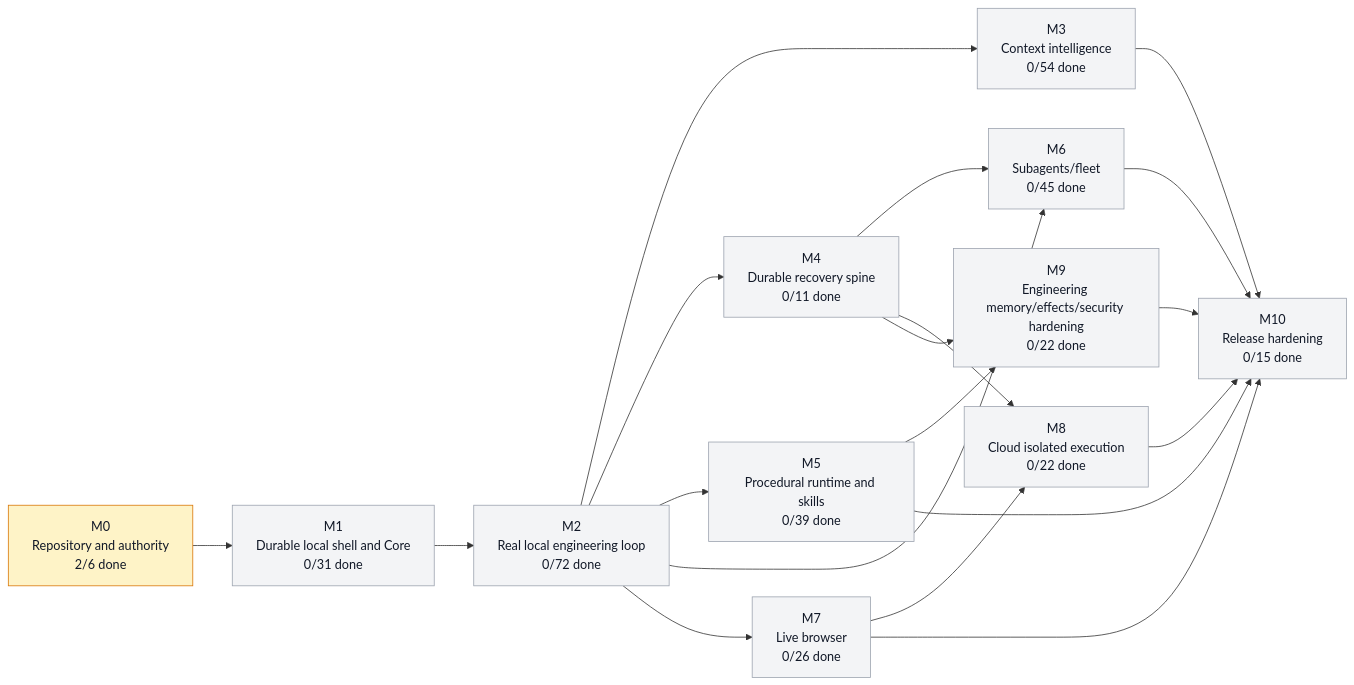
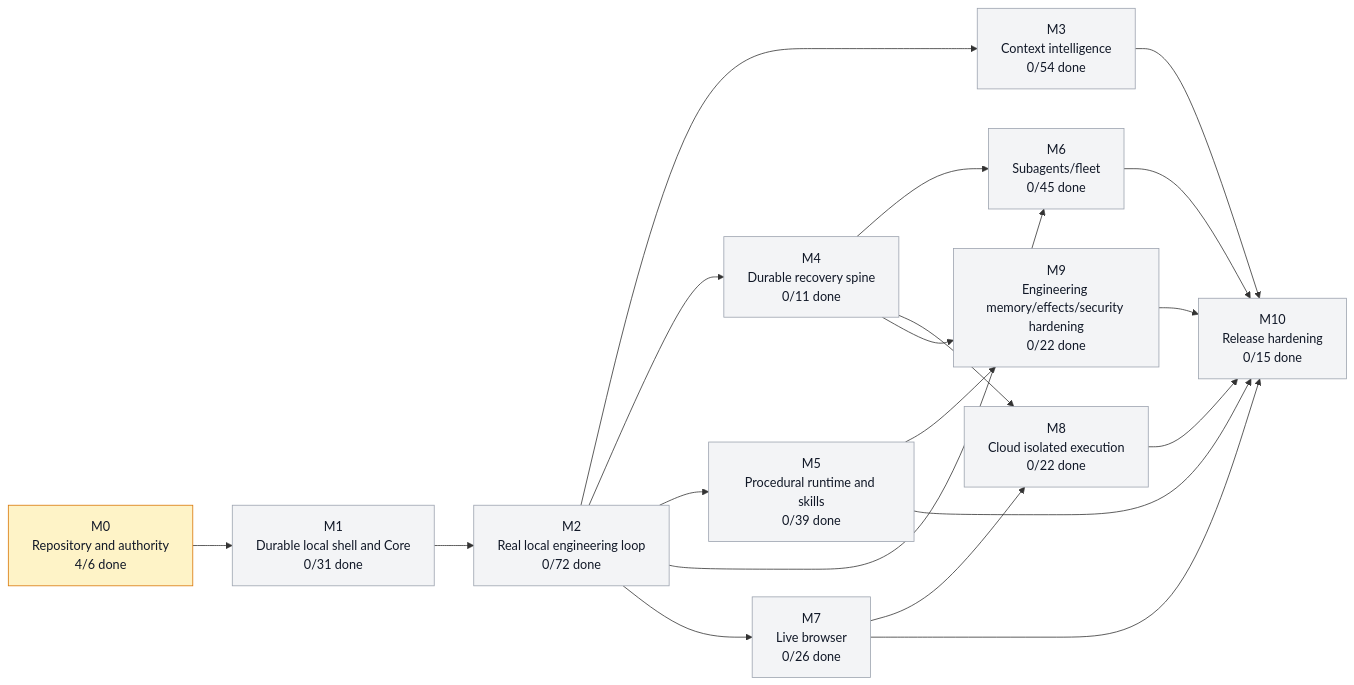
Before and after one commit to moss101/zmodbit: the first of 3 diagrams in graph/PROJECT_GRAPH.md, drawn with Mermaid. The commit also changed other lines of this file and 3 other files, not shown here.

````diff
--- a/graph/PROJECT_GRAPH.md
+++ b/graph/PROJECT_GRAPH.md
@@ -43,43 +43,43 @@
 ```mermaid
 flowchart LR
-  M0["M0<br/>Repository and authority<br/>2/6 done"]
+  M0["M0<br/>Repository and authority<br/>4/6 done"]
   M1["M1<br/>Durable local shell and Core<br/>0/31 done"]
   M2["M2<br/>Real local engineering loop<br/>0/72 done"]
   M3["M3<br/>Context intelligence<br/>0/54 done"]
   M4["M4<br/>Durable recovery spine<br/>0/11 done"]
   M5["M5<br/>Procedural runtime and skills<br/>0/39 done"]
   M6["M6<br/>Subagents/fleet<br/>0/45 done"]
   M7["M7<br/>Live browser<br/>0/26 done"]
   M8["M8<br/>Cloud isolated execution<br/>0/22 done"]
   M9["M9<br/>Engineering memory/effects/security hardening<br/>0/22 done"]
   M10["M10<br/>Release hardening<br/>0/15 done"]
   M0 --> M1
   M1 --> M2
   M2 --> M3
   M2 --> M4
   M2 --> M5
   M2 --> M6
   M4 --> M6
   M2 --> M7
   M4 --> M8
   M7 --> M8
   M4 --> M9
   M5 --> M9
   M3 --> M10
   M5 --> M10
   M6 --> M10
   M7 --> M10
   M8 --> M10
   M9 --> M10
   style M0 fill:#fef3c7,stroke:#d97706,color:#111827
   style M1 fill:#f3f4f6,stroke:#9ca3af,color:#111827
   style M2 fill:#f3f4f6,stroke:#9ca3af,color:#111827
   style M3 fill:#f3f4f6,stroke:#9ca3af,color:#111827
   style M4 fill:#f3f4f6,stroke:#9ca3af,color:#111827
   style M5 fill:#f3f4f6,stroke:#9ca3af,color:#111827
   style M6 fill:#f3f4f6,stroke:#9ca3af,color:#111827
   style M7 fill:#f3f4f6,stroke:#9ca3af,color:#111827
   style M8 fill:#f3f4f6,stroke:#9ca3af,color:#111827
   style M9 fill:#f3f4f6,stroke:#9ca3af,color:#111827
   style M10 fill:#f3f4f6,stroke:#9ca3af,color:#111827
 ```
````
